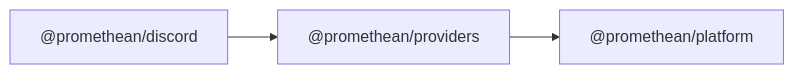
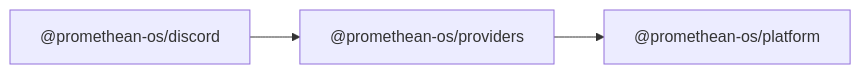
The diagram in docs/packages/providers/README.md (octave-commons/promethean), drawn with Mermaid before and after one commit. The commit also changed other lines of this file and 1753 other files, not shown here.

````diff
--- a/docs/packages/providers/README.md
+++ b/docs/packages/providers/README.md
@@ -14,10 +14,10 @@
 ```mermaid
 graph LR
-  A["@promethean/providers"]
-  D1["@promethean/platform"]
-  R1["@promethean/discord"]
-  A --> D1["@promethean/platform"]
-  R1["@promethean/discord"] --> A
-  click D1 "../platform/README.md" "@promethean/platform"
-  click R1 "../discord/README.md" "@promethean/discord"
+  A["@promethean-os/providers"]
+  D1["@promethean-os/platform"]
+  R1["@promethean-os/discord"]
+  A --> D1["@promethean-os/platform"]
+  R1["@promethean-os/discord"] --> A
+  click D1 "../platform/README.md" "@promethean-os/platform"
+  click R1 "../discord/README.md" "@promethean-os/discord"
 ```
````
